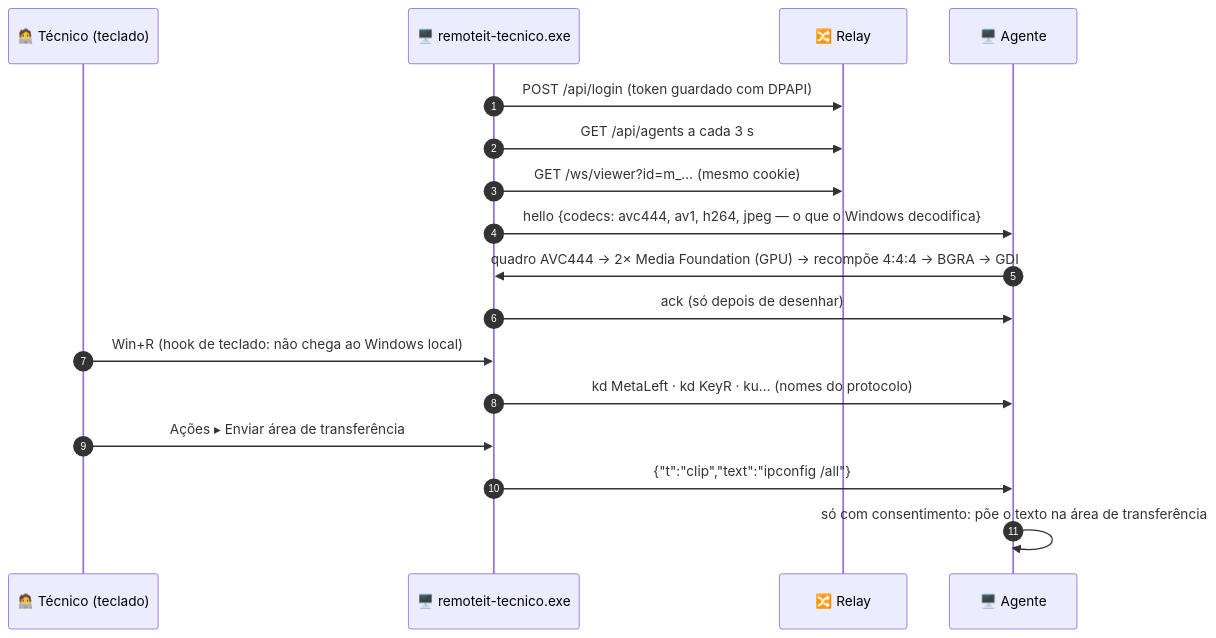
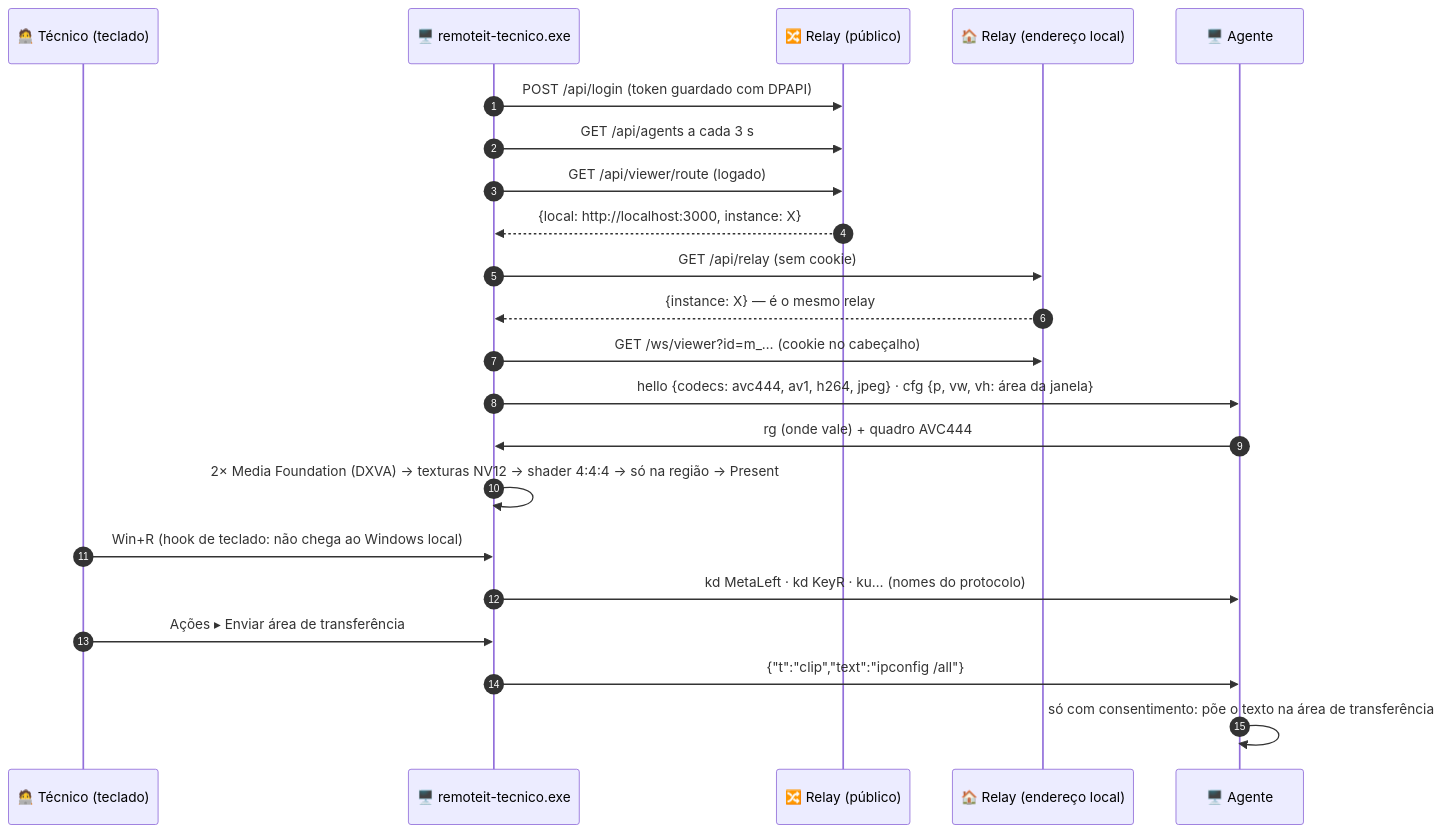
Diagram 21 of 21 in docs/FLUXOS.md (caetasousa/remoteIT), drawn with Mermaid before and after one commit. The commit also changed other lines of this file and 96 other files, not shown here.

````diff
--- a/docs/FLUXOS.md
+++ b/docs/FLUXOS.md
@@ -718,19 +727,24 @@
 ```mermaid
 sequenceDiagram
     autonumber
     participant T as 🧑‍💻 Técnico (teclado)
     participant V as 🖥️ remoteit-tecnico.exe
-    participant R as 🔀 Relay
+    participant R as 🔀 Relay (público)
+    participant L as 🏠 Relay (endereço local)
     participant A as 🖥️ Agente
     V->>R: POST /api/login (token guardado com DPAPI)
     V->>R: GET /api/agents a cada 3 s
-    V->>R: GET /ws/viewer?id=m_… (mesmo cookie)
-    V->>A: hello {codecs: avc444, av1, h264, jpeg — o que o Windows decodifica}
-    A->>V: quadro AVC444 → 2× Media Foundation (GPU) → recompõe 4:4:4 → BGRA → GDI
-    V->>A: ack (só depois de desenhar)
+    V->>R: GET /api/viewer/route (logado)
+    R-->>V: {local: http://localhost:3000, instance: X}
+    V->>L: GET /api/relay (sem cookie)
+    L-->>V: {instance: X} — é o mesmo relay
+    V->>L: GET /ws/viewer?id=m_… (cookie no cabeçalho)
+    V->>A: hello {codecs: avc444, av1, h264, jpeg} · cfg {p, vw, vh: área da janela}
+    A->>V: rg (onde vale) + quadro AVC444
+    V->>V: 2× Media Foundation (DXVA) → texturas NV12 → shader 4:4:4 → só na região → Present
     T->>V: Win+R (hook de teclado: não chega ao Windows local)
     V->>A: kd MetaLeft · kd KeyR · ku… (nomes do protocolo)
     T->>V: Ações ▸ Enviar área de transferência
     V->>A: {"t":"clip","text":"ipconfig /all"}
     A->>A: só com consentimento: põe o texto na área de transferência
 ```
````
